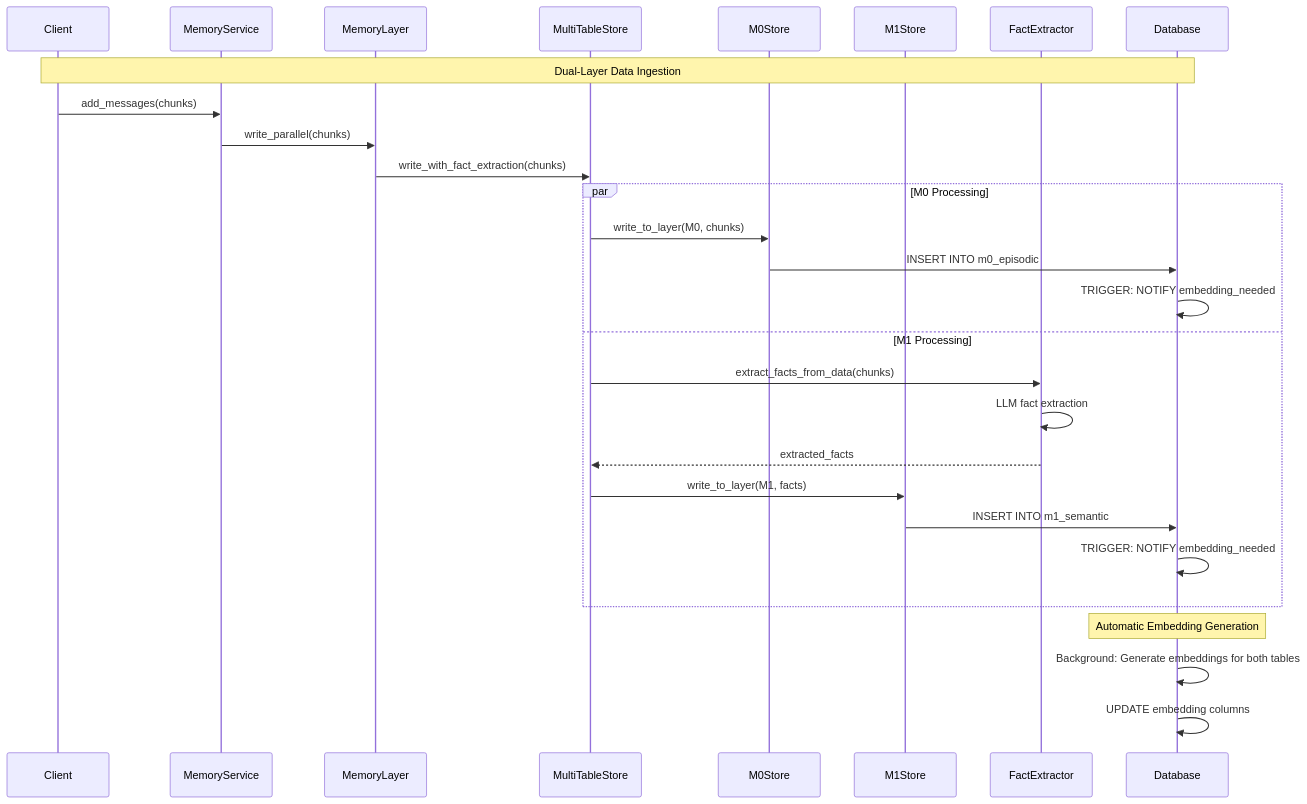
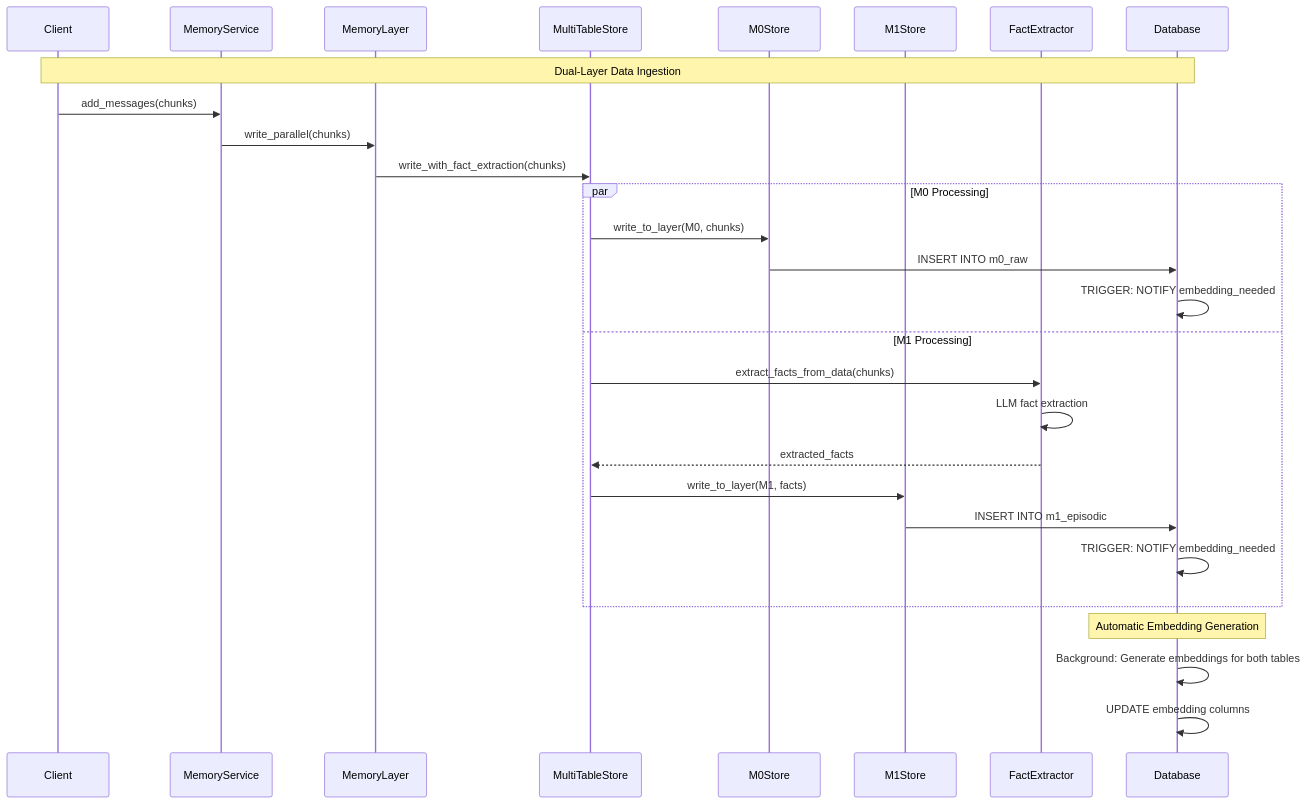
One commit to memfuse/memfuse changed the second of 3 diagrams in docs/architecture/pgai/multi_layer.md. Above: the diagram before and after it, drawn with Mermaid. The commit also changed other lines of this file and 42 other files, not shown here.

First line of the commit message:
feat(memory): implement M1 Episodic Memory and expand M0 Raw Data Layer

````diff
--- a/docs/architecture/pgai/multi_layer.md
+++ b/docs/architecture/pgai/multi_layer.md
@@ -264,33 +265,33 @@
 ```mermaid
 sequenceDiagram
     participant Client
     participant MemoryService
     participant MemoryLayer
     participant MultiTableStore
     participant M0Store
     participant M1Store
     participant FactExtractor
     participant Database
 
     Note over Client, Database: Dual-Layer Data Ingestion
     Client->>MemoryService: add_messages(chunks)
     MemoryService->>MemoryLayer: write_parallel(chunks)
     MemoryLayer->>MultiTableStore: write_with_fact_extraction(chunks)
     
     par M0 Processing
         MultiTableStore->>M0Store: write_to_layer(M0, chunks)
-        M0Store->>Database: INSERT INTO m0_episodic
+        M0Store->>Database: INSERT INTO m0_raw
         Database->>Database: TRIGGER: NOTIFY embedding_needed
     and M1 Processing
         MultiTableStore->>FactExtractor: extract_facts_from_data(chunks)
         FactExtractor->>FactExtractor: LLM fact extraction
         FactExtractor-->>MultiTableStore: extracted_facts
         MultiTableStore->>M1Store: write_to_layer(M1, facts)
-        M1Store->>Database: INSERT INTO m1_semantic
+        M1Store->>Database: INSERT INTO m1_episodic
         Database->>Database: TRIGGER: NOTIFY embedding_needed
     end
     
     Note over Database: Automatic Embedding Generation
     Database->>Database: Background: Generate embeddings for both tables
     Database->>Database: UPDATE embedding columns
 ```
````
